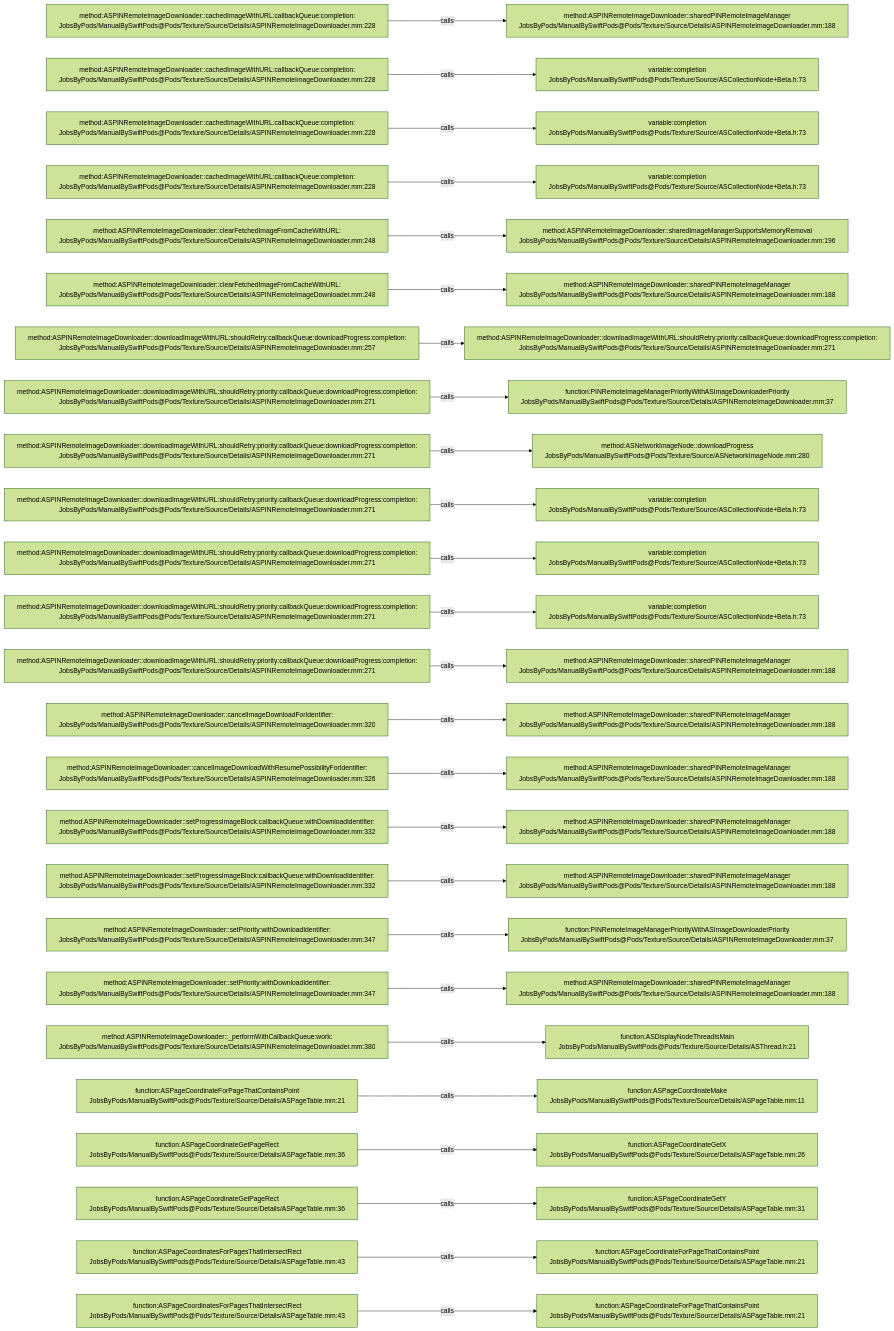
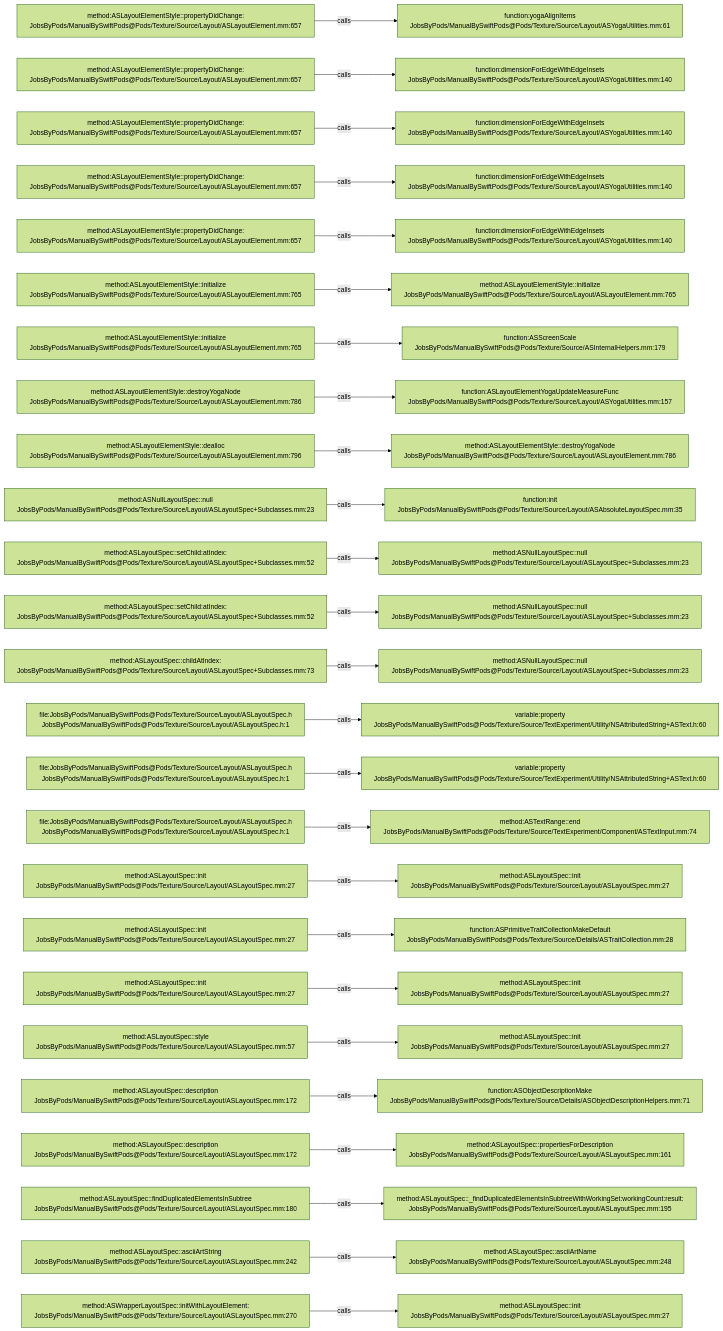
One commit to JobsKits/JobsSwiftBaseConfigDemo changed the diagram in .codegraph/codegraph.md/graphs/calls-111.md. Above: the diagram before and after it, drawn with Mermaid (forest theme). The commit also changed 832 other files, not shown here.

````diff
--- a/.codegraph/codegraph.md/graphs/calls-111.md
+++ b/.codegraph/codegraph.md/graphs/calls-111.md
@@ -13,78 +13,78 @@
 ```mermaid
 flowchart LR
-  S1["method:ASPINRemoteImageDownloader::cachedImageWithURL:callbackQueue:completion:<br/>JobsByPods/ManualBySwiftPods@Pods/Texture/Source/Details/ASPINRemoteImageDownloader.mm:228"]
-  T1["method:ASPINRemoteImageDownloader::sharedPINRemoteImageManager<br/>JobsByPods/ManualBySwiftPods@Pods/Texture/Source/Details/ASPINRemoteImageDownloader.mm:188"]
+  S1["method:ASLayoutElementStyle::propertyDidChange:<br/>JobsByPods/ManualBySwiftPods@Pods/Texture/Source/Layout/ASLayoutElement.mm:657"]
+  T1["function:yogaAlignItems<br/>JobsByPods/ManualBySwiftPods@Pods/Texture/Source/Layout/ASYogaUtilities.mm:61"]
   S1 -->|calls| T1
-  S2["method:ASPINRemoteImageDownloader::cachedImageWithURL:callbackQueue:completion:<br/>JobsByPods/ManualBySwiftPods@Pods/Texture/Source/Details/ASPINRemoteImageDownloader.mm:228"]
-  T2["variable:completion<br/>JobsByPods/ManualBySwiftPods@Pods/Texture/Source/ASCollectionNode+Beta.h:73"]
+  S2["method:ASLayoutElementStyle::propertyDidChange:<br/>JobsByPods/ManualBySwiftPods@Pods/Texture/Source/Layout/ASLayoutElement.mm:657"]
+  T2["function:dimensionForEdgeWithEdgeInsets<br/>JobsByPods/ManualBySwiftPods@Pods/Texture/Source/Layout/ASYogaUtilities.mm:140"]
   S2 -->|calls| T2
-  S3["method:ASPINRemoteImageDownloader::cachedImageWithURL:callbackQueue:completion:<br/>JobsByPods/ManualBySwiftPods@Pods/Texture/Source/Details/ASPINRemoteImageDownloader.mm:228"]
-  T3["variable:completion<br/>JobsByPods/ManualBySwiftPods@Pods/Texture/Source/ASCollectionNode+Beta.h:73"]
+  S3["method:ASLayoutElementStyle::propertyDidChange:<br/>JobsByPods/ManualBySwiftPods@Pods/Texture/Source/Layout/ASLayoutElement.mm:657"]
+  T3["function:dimensionForEdgeWithEdgeInsets<br/>JobsByPods/ManualBySwiftPods@Pods/Texture/Source/Layout/ASYogaUtilities.mm:140"]
   S3 -->|calls| T3
-  S4["method:ASPINRemoteImageDownloader::cachedImageWithURL:callbackQueue:completion:<br/>JobsByPods/ManualBySwiftPods@Pods/Texture/Source/Details/ASPINRemoteImageDownloader.mm:228"]
-  T4["variable:completion<br/>JobsByPods/ManualBySwiftPods@Pods/Texture/Source/ASCollectionNode+Beta.h:73"]
+  S4["method:ASLayoutElementStyle::propertyDidChange:<br/>JobsByPods/ManualBySwiftPods@Pods/Texture/Source/Layout/ASLayoutElement.mm:657"]
+  T4["function:dimensionForEdgeWithEdgeInsets<br/>JobsByPods/ManualBySwiftPods@Pods/Texture/Source/Layout/ASYogaUtilities.mm:140"]
   S4 -->|calls| T4
-  S5["method:ASPINRemoteImageDownloader::clearFetchedImageFromCacheWithURL:<br/>JobsByPods/ManualBySwiftPods@Pods/Texture/Source/Details/ASPINRemoteImageDownloader.mm:248"]
-  T5["method:ASPINRemoteImageDownloader::sharedImageManagerSupportsMemoryRemoval<br/>JobsByPods/ManualBySwiftPods@Pods/Texture/Source/Details/ASPINRemoteImageDownloader.mm:196"]
+  S5["method:ASLayoutElementStyle::propertyDidChange:<br/>JobsByPods/ManualBySwiftPods@Pods/Texture/Source/Layout/ASLayoutElement.mm:657"]
+  T5["function:dimensionForEdgeWithEdgeInsets<br/>JobsByPods/ManualBySwiftPods@Pods/Texture/Source/Layout/ASYogaUtilities.mm:140"]
   S5 -->|calls| T5
-  S6["method:ASPINRemoteImageDownloader::clearFetchedImageFromCacheWithURL:<br/>JobsByPods/ManualBySwiftPods@Pods/Texture/Source/Details/ASPINRemoteImageDownloader.mm:248"]
-  T6["method:ASPINRemoteImageDownloader::sharedPINRemoteImageManager<br/>JobsByPods/ManualBySwiftPods@Pods/Texture/Source/Details/ASPINRemoteImageDownloader.mm:188"]
+  S6["method:ASLayoutElementStyle::initialize<br/>JobsByPods/ManualBySwiftPods@Pods/Texture/Source/Layout/ASLayoutElement.mm:765"]
+  T6["method:ASLayoutElementStyle::initialize<br/>JobsByPods/ManualBySwiftPods@Pods/Texture/Source/Layout/ASLayoutElement.mm:765"]
   S6 -->|calls| T6
-  S7["method:ASPINRemoteImageDownloader::downloadImageWithURL:shouldRetry:callbackQueue:downloadProgress:completion:<br/>JobsByPods/ManualBySwiftPods@Pods/Texture/Source/Details/ASPINRemoteImageDownloader.mm:257"]
-  T7["method:ASPINRemoteImageDownloader::downloadImageWithURL:shouldRetry:priority:callbackQueue:downloadProgress:completion:<br/>JobsByPods/ManualBySwiftPods@Pods/Texture/Source/Details/ASPINRemoteImageDownloader.mm:271"]
+  S7["method:ASLayoutElementStyle::initialize<br/>JobsByPods/ManualBySwiftPods@Pods/Texture/Source/Layout/ASLayoutElement.mm:765"]
+  T7["function:ASScreenScale<br/>JobsByPods/ManualBySwiftPods@Pods/Texture/Source/ASInternalHelpers.mm:179"]
   S7 -->|calls| T7
-  S8["method:ASPINRemoteImageDownloader::downloadImageWithURL:shouldRetry:priority:callbackQueue:downloadProgress:completion:<br/>JobsByPods/ManualBySwiftPods@Pods/Texture/Source/Details/ASPINRemoteImageDownloader.mm:271"]
-  T8["function:PINRemoteImageManagerPriorityWithASImageDownloaderPriority<br/>JobsByPods/ManualBySwiftPods@Pods/Texture/Source/Details/ASPINRemoteImageDownloader.mm:37"]
+  S8["method:ASLayoutElementStyle::destroyYogaNode<br/>JobsByPods/ManualBySwiftPods@Pods/Texture/Source/Layout/ASLayoutElement.mm:786"]
+  T8["function:ASLayoutElementYogaUpdateMeasureFunc<br/>JobsByPods/ManualBySwiftPods@Pods/Texture/Source/Layout/ASYogaUtilities.mm:157"]
   S8 -->|calls| T8
-  S9["method:ASPINRemoteImageDownloader::downloadImageWithURL:shouldRetry:priority:callbackQueue:downloadProgress:completion:<br/>JobsByPods/ManualBySwiftPods@Pods/Texture/Source/Details/ASPINRemoteImageDownloader.mm:271"]
-  T9["method:ASNetworkImageNode::downloadProgress<br/>JobsByPods/ManualBySwiftPods@Pods/Texture/Source/ASNetworkImageNode.mm:280"]
+  S9["method:ASLayoutElementStyle::dealloc<br/>JobsByPods/ManualBySwiftPods@Pods/Texture/Source/Layout/ASLayoutElement.mm:796"]
+  T9["method:ASLayoutElementStyle::destroyYogaNode<br/>JobsByPods/ManualBySwiftPods@Pods/Texture/Source/Layout/ASLayoutElement.mm:786"]
   S9 -->|calls| T9
-  S10["method:ASPINRemoteImageDownloader::downloadImageWithURL:shouldRetry:priority:callbackQueue:downloadProgress:completion:<br/>JobsByPods/ManualBySwiftPods@Pods/Texture/Source/Details/ASPINRemoteImageDownloader.mm:271"]
-  T10["variable:completion<br/>JobsByPods/ManualBySwiftPods@Pods/Texture/Source/ASCollectionNode+Beta.h:73"]
+  S10["method:ASNullLayoutSpec::null<br/>JobsByPods/ManualBySwiftPods@Pods/Texture/Source/Layout/ASLayoutSpec+Subclasses.mm:23"]
+  T10["function:init<br/>JobsByPods/ManualBySwiftPods@Pods/Texture/Source/Layout/ASAbsoluteLayoutSpec.mm:35"]
   S10 -->|calls| T10
-  S11["method:ASPINRemoteImageDownloader::downloadImageWithURL:shouldRetry:priority:callbackQueue:downloadProgress:completion:<br/>JobsByPods/ManualBySwiftPods@Pods/Texture/Source/Details/ASPINRemoteImageDownloader.mm:271"]
-  T11["variable:completion<br/>JobsByPods/ManualBySwiftPods@Pods/Texture/Source/ASCollectionNode+Beta.h:73"]
+  S11["method:ASLayoutSpec::setChild:atIndex:<br/>JobsByPods/ManualBySwiftPods@Pods/Texture/Source/Layout/ASLayoutSpec+Subclasses.mm:52"]
+  T11["method:ASNullLayoutSpec::null<br/>JobsByPods/ManualBySwiftPods@Pods/Texture/Source/Layout/ASLayoutSpec+Subclasses.mm:23"]
   S11 -->|calls| T11
-  S12["method:ASPINRemoteImageDownloader::downloadImageWithURL:shouldRetry:priority:callbackQueue:downloadProgress:completion:<br/>JobsByPods/ManualBySwiftPods@Pods/Texture/Source/Details/ASPINRemoteImageDownloader.mm:271"]
-  T12["variable:completion<br/>JobsByPods/ManualBySwiftPods@Pods/Texture/Source/ASCollectionNode+Beta.h:73"]
+  S12["method:ASLayoutSpec::setChild:atIndex:<br/>JobsByPods/ManualBySwiftPods@Pods/Texture/Source/Layout/ASLayoutSpec+Subclasses.mm:52"]
+  T12["method:ASNullLayoutSpec::null<br/>JobsByPods/ManualBySwiftPods@Pods/Texture/Source/Layout/ASLayoutSpec+Subclasses.mm:23"]
   S12 -->|calls| T12
-  S13["method:ASPINRemoteImageDownloader::downloadImageWithURL:shouldRetry:priority:callbackQueue:downloadProgress:completion:<br/>JobsByPods/ManualBySwiftPods@Pods/Texture/Source/Details/ASPINRemoteImageDownloader.mm:271"]
-  T13["method:ASPINRemoteImageDownloader::sharedPINRemoteImageManager<br/>JobsByPods/ManualBySwiftPods@Pods/Texture/Source/Details/ASPINRemoteImageDownloader.mm:188"]
+  S13["method:ASLayoutSpec::childAtIndex:<br/>JobsByPods/ManualBySwiftPods@Pods/Texture/Source/Layout/ASLayoutSpec+Subclasses.mm:73"]
+  T13["method:ASNullLayoutSpec::null<br/>JobsByPods/ManualBySwiftPods@Pods/Texture/Source/Layout/ASLayoutSpec+Subclasses.mm:23"]
   S13 -->|calls| T13
-  S14["method:ASPINRemoteImageDownloader::cancelImageDownloadForIdentifier:<br/>JobsByPods/ManualBySwiftPods@Pods/Texture/Source/Details/ASPINRemoteImageDownloader.mm:320"]
-  T14["method:ASPINRemoteImageDownloader::sharedPINRemoteImageManager<br/>JobsByPods/ManualBySwiftPods@Pods/Texture/Source/Details/ASPINRemoteImageDownloader.mm:188"]
+  S14["file:JobsByPods/ManualBySwiftPods@Pods/Texture/Source/Layout/ASLayoutSpec.h<br/>JobsByPods/ManualBySwiftPods@Pods/Texture/Source/Layout/ASLayoutSpec.h:1"]
+  T14["variable:property<br/>JobsByPods/ManualBySwiftPods@Pods/Texture/Source/TextExperiment/Utility/NSAttributedString+ASText.h:60"]
   S14 -->|calls| T14
-  S15["method:ASPINRemoteImageDownloader::cancelImageDownloadWithResumePossibilityForIdentifier:<br/>JobsByPods/ManualBySwiftPods@Pods/Texture/Source/Details/ASPINRemoteImageDownloader.mm:326"]
-  T15["method:ASPINRemoteImageDownloader::sharedPINRemoteImageManager<br/>JobsByPods/ManualBySwiftPods@Pods/Texture/Source/Details/ASPINRemoteImageDownloader.mm:188"]
+  S15["file:JobsByPods/ManualBySwiftPods@Pods/Texture/Source/Layout/ASLayoutSpec.h<br/>JobsByPods/ManualBySwiftPods@Pods/Texture/Source/Layout/ASLayoutSpec.h:1"]
+  T15["variable:property<br/>JobsByPods/ManualBySwiftPods@Pods/Texture/Source/TextExperiment/Utility/NSAttributedString+ASText.h:60"]
   S15 -->|calls| T15
-  S16["method:ASPINRemoteImageDownloader::setProgressImageBlock:callbackQueue:withDownloadIdentifier:<br/>JobsByPods/ManualBySwiftPods@Pods/Texture/Source/Details/ASPINRemoteImageDownloader.mm:332"]
-  T16["method:ASPINRemoteImageDownloader::sharedPINRemoteImageManager<br/>JobsByPods/ManualBySwiftPods@Pods/Texture/Source/Details/ASPINRemoteImageDownloader.mm:188"]
+  S16["file:JobsByPods/ManualBySwiftPods@Pods/Texture/Source/Layout/ASLayoutSpec.h<br/>JobsByPods/ManualBySwiftPods@Pods/Texture/Source/Layout/ASLayoutSpec.h:1"]
+  T16["method:ASTextRange::end<br/>JobsByPods/ManualBySwiftPods@Pods/Texture/Source/TextExperiment/Component/ASTextInput.mm:74"]
   S16 -->|calls| T16
-  S17["method:ASPINRemoteImageDownloader::setProgressImageBlock:callbackQueue:withDownloadIdentifier:<br/>JobsByPods/ManualBySwiftPods@Pods/Texture/Source/Details/ASPINRemoteImageDownloader.mm:332"]
-  T17["method:ASPINRemoteImageDownloader::sharedPINRemoteImageManager<br/>JobsByPods/ManualBySwiftPods@Pods/Texture/Source/Details/ASPINRemoteImageDownloader.mm:188"]
+  S17["method:ASLayoutSpec::init<br/>JobsByPods/ManualBySwiftPods@Pods/Texture/Source/Layout/ASLayoutSpec.mm:27"]
+  T17["method:ASLayoutSpec::init<br/>JobsByPods/ManualBySwiftPods@Pods/Texture/Source/Layout/ASLayoutSpec.mm:27"]
   S17 -->|calls| T17
-  S18["method:ASPINRemoteImageDownloader::setPriority:withDownloadIdentifier:<br/>JobsByPods/ManualBySwiftPods@Pods/Texture/Source/Details/ASPINRemoteImageDownloader.mm:347"]
-  T18["function:PINRemoteImageManagerPriorityWithASImageDownloaderPriority<br/>JobsByPods/ManualBySwiftPods@Pods/Texture/Source/Details/ASPINRemoteImageDownloader.mm:37"]
+  S18["method:ASLayoutSpec::init<br/>JobsByPods/ManualBySwiftPods@Pods/Texture/Source/Layout/ASLayoutSpec.mm:27"]
+  T18["function:ASPrimitiveTraitCollectionMakeDefault<br/>JobsByPods/ManualBySwiftPods@Pods/Texture/Source/Details/ASTraitCollection.mm:28"]
   S18 -->|calls| T18
-  S19["method:ASPINRemoteImageDownloader::setPriority:withDownloadIdentifier:<br/>JobsByPods/ManualBySwiftPods@Pods/Texture/Source/Details/ASPINRemoteImageDownloader.mm:347"]
-  T19["method:ASPINRemoteImageDownloader::sharedPINRemoteImageManager<br/>JobsByPods/ManualBySwiftPods@Pods/Texture/Source/Details/ASPINRemoteImageDownloader.mm:188"]
+  S19["method:ASLayoutSpec::init<br/>JobsByPods/ManualBySwiftPods@Pods/Texture/Source/Layout/ASLayoutSpec.mm:27"]
+  T19["method:ASLayoutSpec::init<br/>JobsByPods/ManualBySwiftPods@Pods/Texture/Source/Layout/ASLayoutSpec.mm:27"]
   S19 -->|calls| T19
-  S20["method:ASPINRemoteImageDownloader::_performWithCallbackQueue:work:<br/>JobsByPods/ManualBySwiftPods@Pods/Texture/Source/Details/ASPINRemoteImageDownloader.mm:380"]
-  T20["function:ASDisplayNodeThreadIsMain<br/>JobsByPods/ManualBySwiftPods@Pods/Texture/Source/Details/ASThread.h:21"]
+  S20["method:ASLayoutSpec::style<br/>JobsByPods/ManualBySwiftPods@Pods/Texture/Source/Layout/ASLayoutSpec.mm:57"]
+  T20["method:ASLayoutSpec::init<br/>JobsByPods/ManualBySwiftPods@Pods/Texture/Source/Layout/ASLayoutSpec.mm:27"]
   S20 -->|calls| T20
-  S21["function:ASPageCoordinateForPageThatContainsPoint<br/>JobsByPods/ManualBySwiftPods@Pods/Texture/Source/Details/ASPageTable.mm:21"]
-  T21["function:ASPageCoordinateMake<br/>JobsByPods/ManualBySwiftPods@Pods/Texture/Source/Details/ASPageTable.mm:11"]
+  S21["method:ASLayoutSpec::description<br/>JobsByPods/ManualBySwiftPods@Pods/Texture/Source/Layout/ASLayoutSpec.mm:172"]
+  T21["function:ASObjectDescriptionMake<br/>JobsByPods/ManualBySwiftPods@Pods/Texture/Source/Details/ASObjectDescriptionHelpers.mm:71"]
   S21 -->|calls| T21
-  S22["function:ASPageCoordinateGetPageRect<br/>JobsByPods/ManualBySwiftPods@Pods/Texture/Source/Details/ASPageTable.mm:36"]
-  T22["function:ASPageCoordinateGetX<br/>JobsByPods/ManualBySwiftPods@Pods/Texture/Source/Details/ASPageTable.mm:26"]
+  S22["method:ASLayoutSpec::description<br/>JobsByPods/ManualBySwiftPods@Pods/Texture/Source/Layout/ASLayoutSpec.mm:172"]
+  T22["method:ASLayoutSpec::propertiesForDescription<br/>JobsByPods/ManualBySwiftPods@Pods/Texture/Source/Layout/ASLayoutSpec.mm:161"]
   S22 -->|calls| T22
-  S23["function:ASPageCoordinateGetPageRect<br/>JobsByPods/ManualBySwiftPods@Pods/Texture/Source/Details/ASPageTable.mm:36"]
-  T23["function:ASPageCoordinateGetY<br/>JobsByPods/ManualBySwiftPods@Pods/Texture/Source/Details/ASPageTable.mm:31"]
+  S23["method:ASLayoutSpec::findDuplicatedElementsInSubtree<br/>JobsByPods/ManualBySwiftPods@Pods/Texture/Source/Layout/ASLayoutSpec.mm:180"]
+  T23["method:ASLayoutSpec::_findDuplicatedElementsInSubtreeWithWorkingSet:workingCount:result:<br/>JobsByPods/ManualBySwiftPods@Pods/Texture/Source/Layout/ASLayoutSpec.mm:195"]
   S23 -->|calls| T23
-  S24["function:ASPageCoordinatesForPagesThatIntersectRect<br/>JobsByPods/ManualBySwiftPods@Pods/Texture/Source/Details/ASPageTable.mm:43"]
-  T24["function:ASPageCoordinateForPageThatContainsPoint<br/>JobsByPods/ManualBySwiftPods@Pods/Texture/Source/Details/ASPageTable.mm:21"]
+  S24["method:ASLayoutSpec::asciiArtString<br/>JobsByPods/ManualBySwiftPods@Pods/Texture/Source/Layout/ASLayoutSpec.mm:242"]
+  T24["method:ASLayoutSpec::asciiArtName<br/>JobsByPods/ManualBySwiftPods@Pods/Texture/Source/Layout/ASLayoutSpec.mm:248"]
   S24 -->|calls| T24
-  S25["function:ASPageCoordinatesForPagesThatIntersectRect<br/>JobsByPods/ManualBySwiftPods@Pods/Texture/Source/Details/ASPageTable.mm:43"]
-  T25["function:ASPageCoordinateForPageThatContainsPoint<br/>JobsByPods/ManualBySwiftPods@Pods/Texture/Source/Details/ASPageTable.mm:21"]
+  S25["method:ASWrapperLayoutSpec::initWithLayoutElement:<br/>JobsByPods/ManualBySwiftPods@Pods/Texture/Source/Layout/ASLayoutSpec.mm:270"]
+  T25["method:ASLayoutSpec::init<br/>JobsByPods/ManualBySwiftPods@Pods/Texture/Source/Layout/ASLayoutSpec.mm:27"]
   S25 -->|calls| T25
 ```
````
